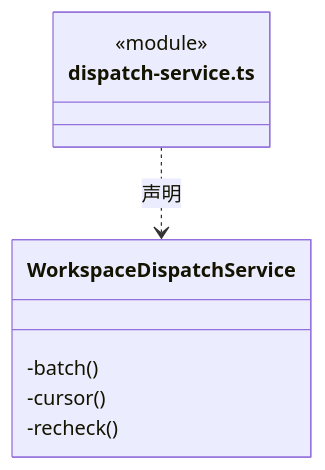
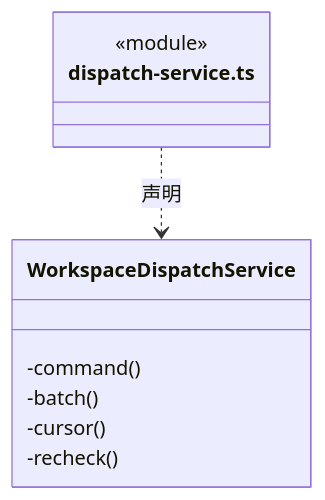
The ninth of 14 diagrams in src/backend/scheduler-engine/dispatch/ARCHITECTURE.md (nan023062/cbim), drawn with Mermaid before and after one commit. The commit also changed other lines of this file and 130 other files, not shown here.

````diff
--- a/src/backend/scheduler-engine/dispatch/ARCHITECTURE.md
+++ b/src/backend/scheduler-engine/dispatch/ARCHITECTURE.md
@@ -256,12 +286,13 @@
 ```mermaid
 classDiagram
 class N_src_backend_scheduler_engine_dispatch_dispatch_service_ts["dispatch-service.ts"] {
   <<module>>
 }
 class N_src_backend_scheduler_engine_dispatch_dispatch_service_ts_WorkspaceDispatchService["WorkspaceDispatchService"] {
+  -command()
   -batch()
   -cursor()
   -recheck()
 }
 N_src_backend_scheduler_engine_dispatch_dispatch_service_ts ..> N_src_backend_scheduler_engine_dispatch_dispatch_service_ts_WorkspaceDispatchService : 声明
 ```
````
